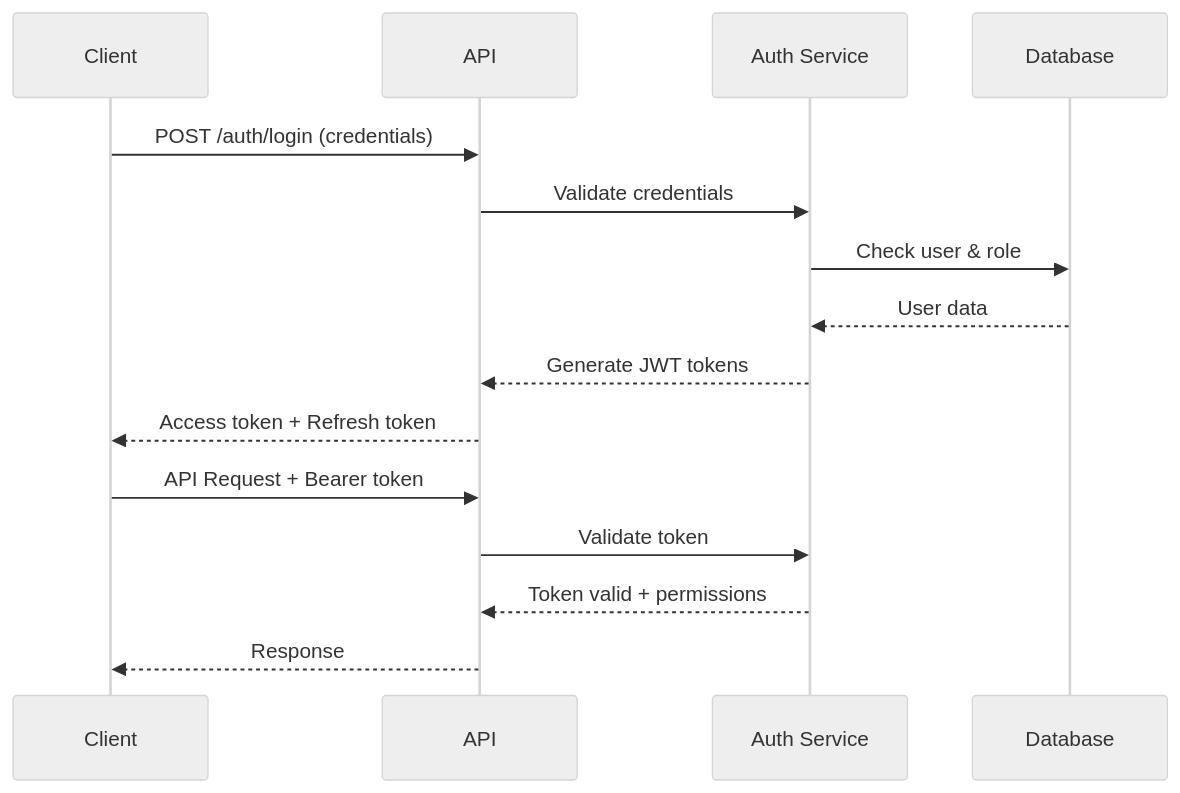
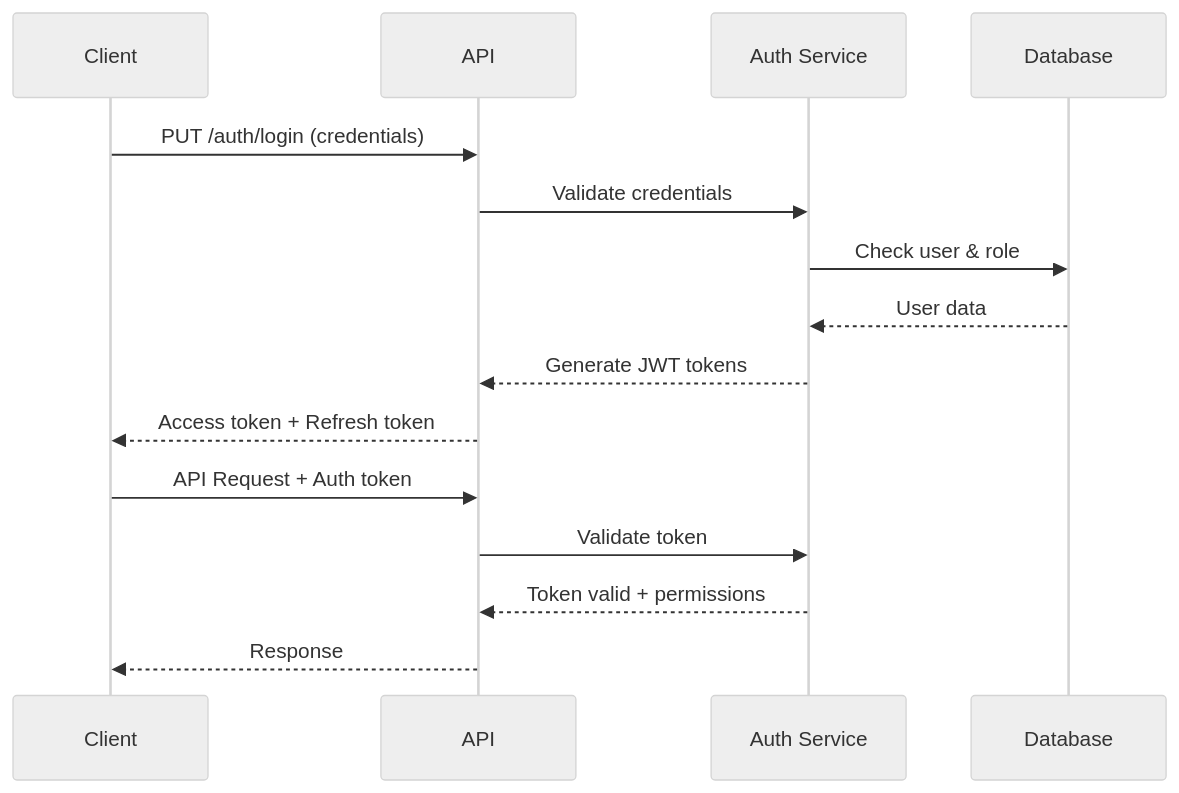
One commit to trillionclues-fincode/docs changed the diagram in authentication.mdx. Above: the diagram before and after it, drawn with Mermaid (neutral theme). The commit also changed other lines of this file and 8 other files, not shown here.

````diff
--- a/authentication.mdx
+++ b/authentication.mdx
@@ -20,18 +20,18 @@
 ```mermaid
 sequenceDiagram
     participant Client
     participant API
     participant Auth Service
     participant Database
 
-    Client->>API: POST /auth/login (credentials)
+    Client->>API: PUT /auth/login (credentials)
     API->>Auth Service: Validate credentials
     Auth Service->>Database: Check user & role
     Database-->>Auth Service: User data
     Auth Service-->>API: Generate JWT tokens
     API-->>Client: Access token + Refresh token
-    Client->>API: API Request + Bearer token
+    Client->>API: API Request + Auth token
     API->>Auth Service: Validate token
     Auth Service-->>API: Token valid + permissions
     API-->>Client: Response
 ```
````
